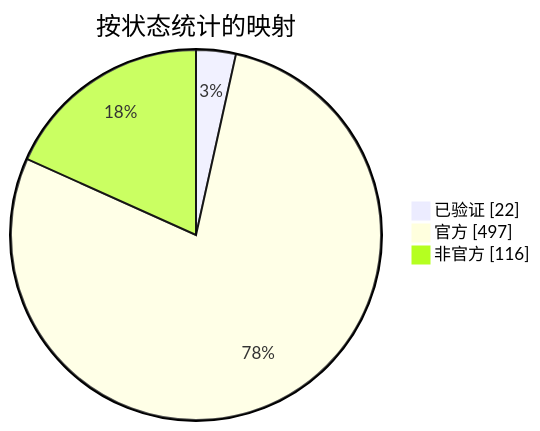
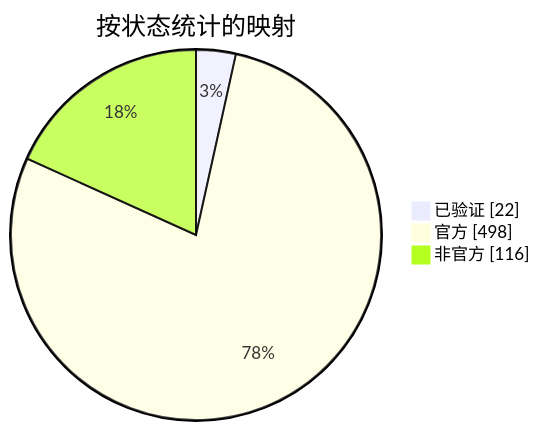
The diagram in docs/readme/README_ZHS.md (nobrega8/mbmap-library), drawn with Mermaid before and after one commit. The commit also changed 6 other files, not shown here.

````diff
--- a/docs/readme/README_ZHS.md
+++ b/docs/readme/README_ZHS.md
@@ -54,7 +54,7 @@
 ```mermaid
 pie showData
     title 按状态统计的映射
     "已验证" : 22
-    "官方" : 497
+    "官方" : 498
     "非官方" : 116
 ```
````
